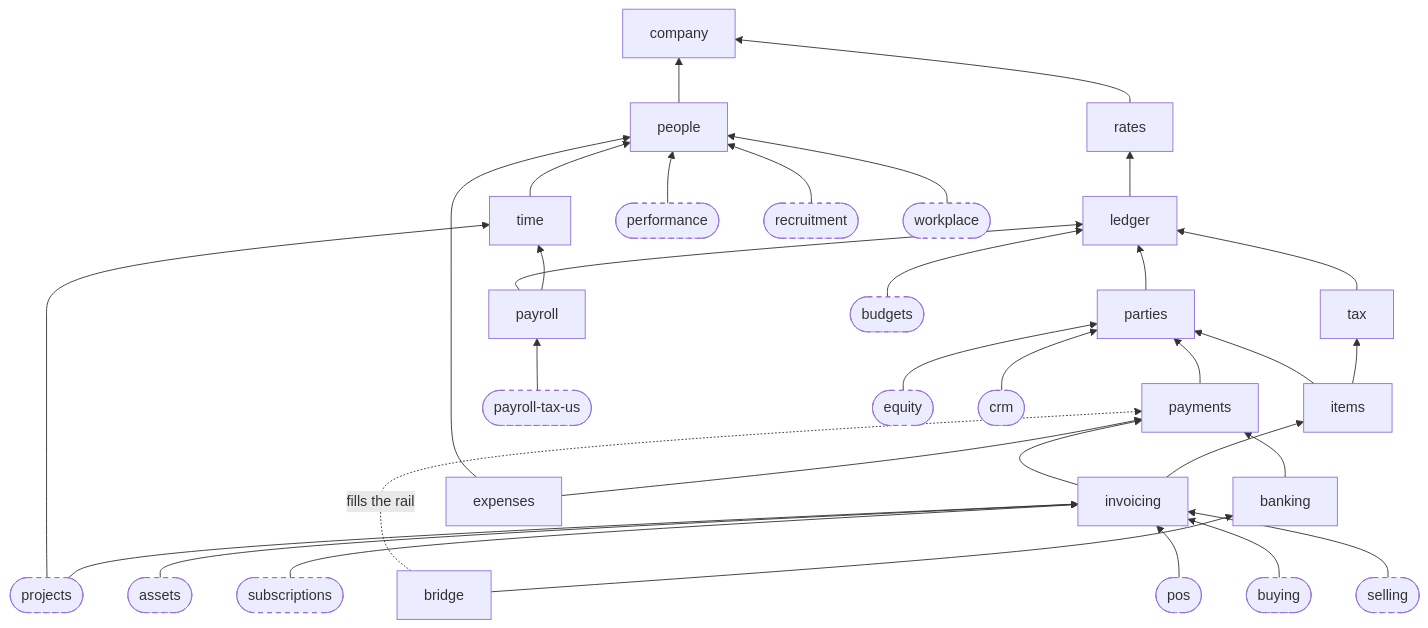
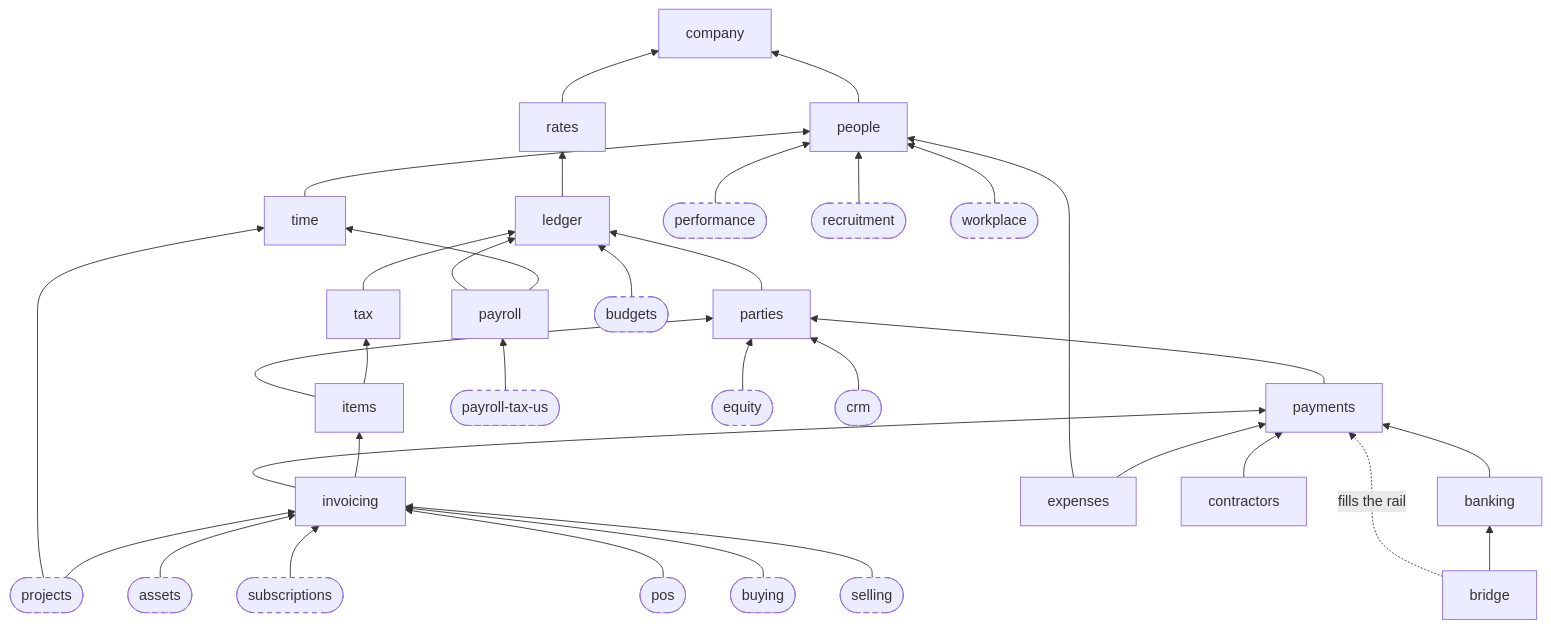
Before and after one commit to Open-Harness/architect: the diagram in design/decisions/CX-composable-pieces.md, drawn with Mermaid. The commit also changed other lines of this file, not shown here.

First line of the commit message:
CX-composable-pieces: contractors piece and the order agreed with CX-money-global-payroll

````diff
--- a/design/decisions/CX-composable-pieces.md
+++ b/design/decisions/CX-composable-pieces.md
@@ -254,38 +261,39 @@
 ```mermaid
 flowchart BT
   company[company]
   rates[rates] --> company
   ledger[ledger] --> rates
   parties[parties] --> ledger
   tax[tax] --> ledger
   items[items] --> tax
   items --> parties
   payments[payments] --> parties
   invoicing[invoicing] --> items
   invoicing --> payments
   banking[banking] --> payments
   bridge[bridge] --> banking
   bridge -. fills the rail .-> payments
   people[people] --> company
   time[time] --> people
   expenses[expenses] --> payments
+  contractors[contractors] --> payments
   expenses --> people
   payroll[payroll] --> time
   payroll --> ledger
   taxus([payroll-tax-us]) --> payroll
   selling([selling]) --> invoicing
   buying([buying]) --> invoicing
   pos([pos]) --> invoicing
   subscriptions([subscriptions]) --> invoicing
   assets([assets]) --> invoicing
   budgets([budgets]) --> ledger
   equity([equity]) --> parties
   projects([projects]) --> invoicing
   projects --> time
   performance([performance]) --> people
   recruitment([recruitment]) --> people
   workplace([workplace]) --> people
   crm([crm]) --> parties
   classDef opt stroke-dasharray: 5 5
   class taxus,selling,buying,pos,subscriptions,assets,budgets,equity,projects,performance,recruitment,workplace,crm opt
 ```
````
